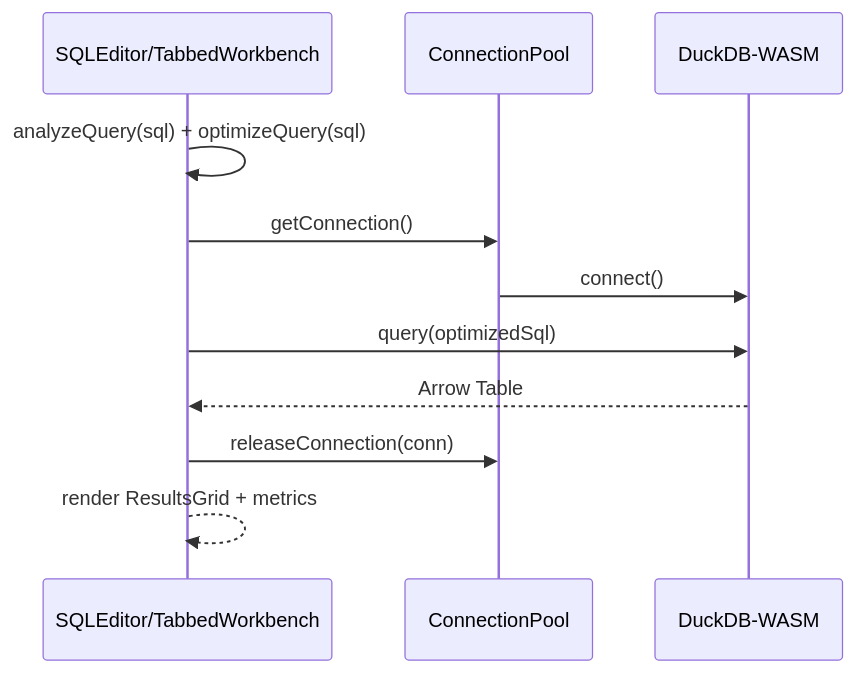
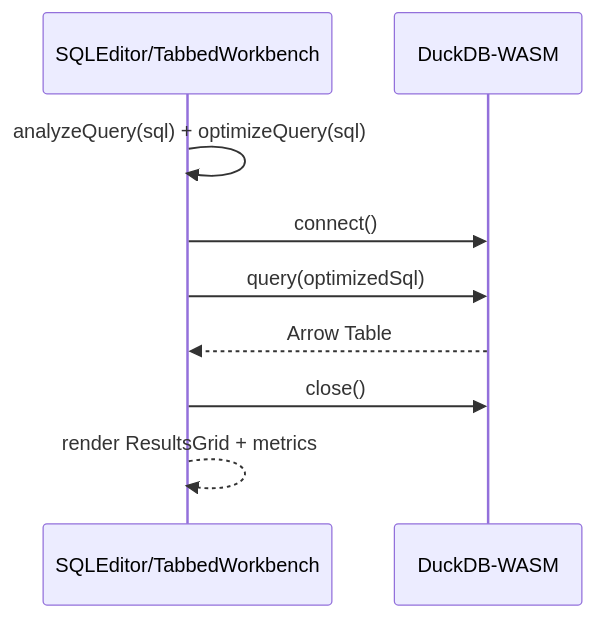
The fourth of 5 diagrams in README.md (james-ralph8555/homebench), drawn with Mermaid before and after one commit. The commit also changed other lines of this file and 14 other files, not shown here.

````diff
--- a/README.md
+++ b/README.md
@@ -127,13 +127,11 @@
 ```mermaid
 sequenceDiagram
   participant UI as SQLEditor/TabbedWorkbench
-  participant Pool as ConnectionPool
   participant DB as DuckDB-WASM
   UI->>UI: analyzeQuery(sql) + optimizeQuery(sql)
-  UI->>Pool: getConnection()
-  Pool->>DB: connect()
+  UI->>DB: connect()
   UI->>DB: query(optimizedSql)
   DB-->>UI: Arrow Table
-  UI->>Pool: releaseConnection(conn)
+  UI->>DB: close()
   UI-->>UI: render ResultsGrid + metrics
 ```
````
